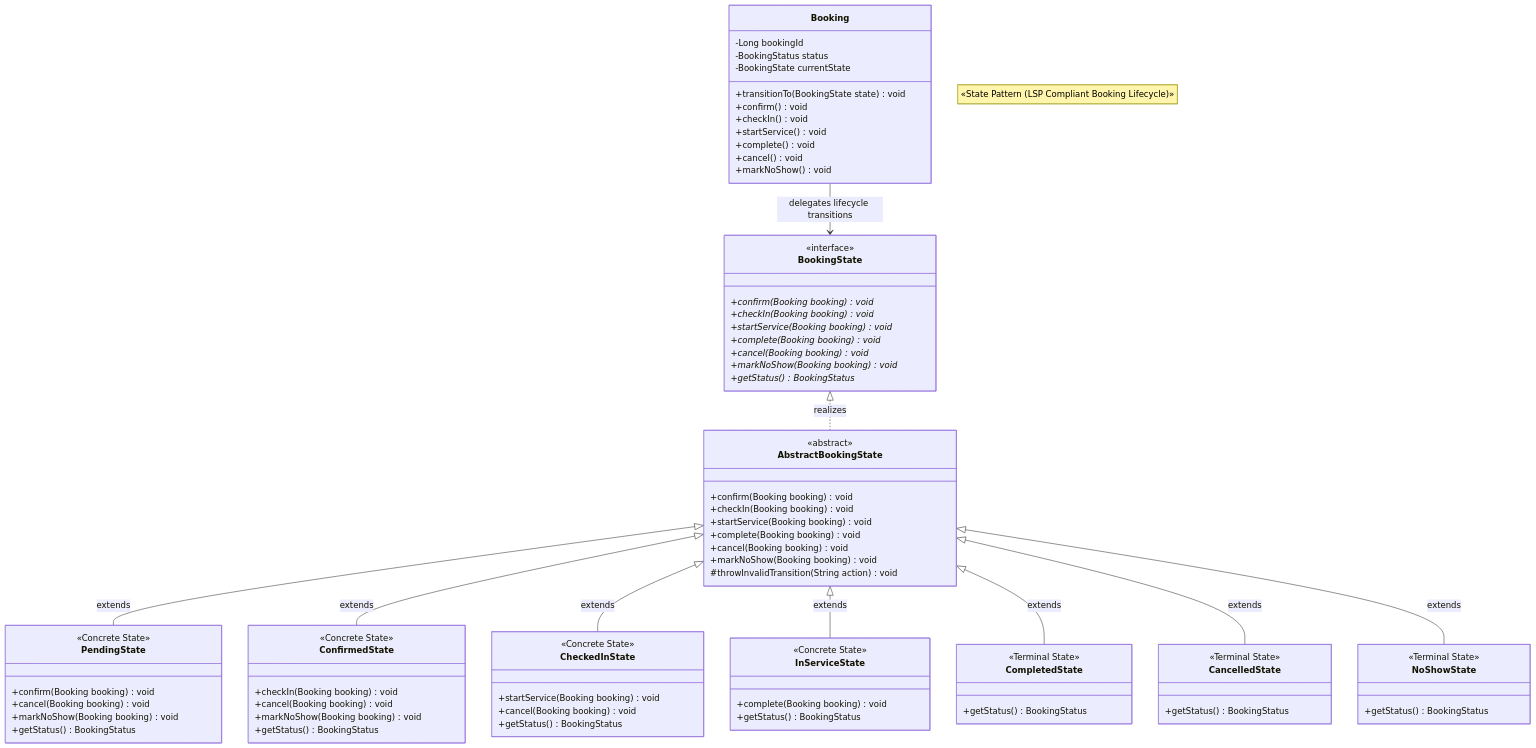
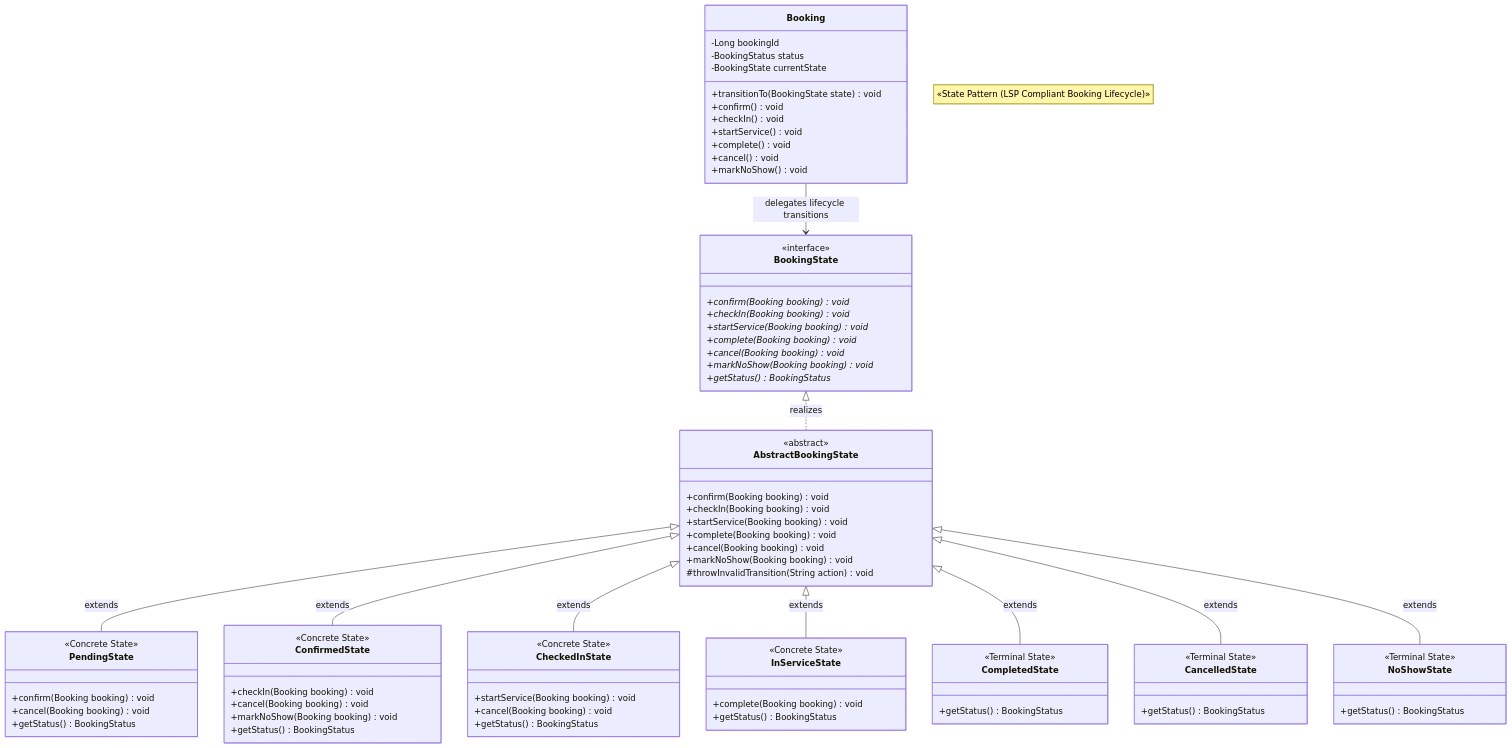
Before and after one commit to viphu-cs/FIWDEE-CP353002-69_1PrinciplesOfSoftwareDesign: the seventh of 9 diagrams in doc/design-patterns.md, drawn with Mermaid. The commit also changed other lines of this file and 12 other files, not shown here.

Commit message:
doc:edit diagram

```diff
--- a/doc/design-patterns.md
+++ b/doc/design-patterns.md
@@ -549,7 +567,6 @@
         <<Concrete State>>
         +confirm(Booking booking) void
         +cancel(Booking booking) void
-        +markNoShow(Booking booking) void
         +getStatus() BookingStatus
     }
 
```
